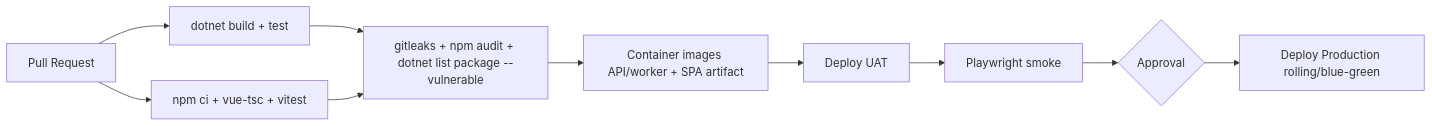
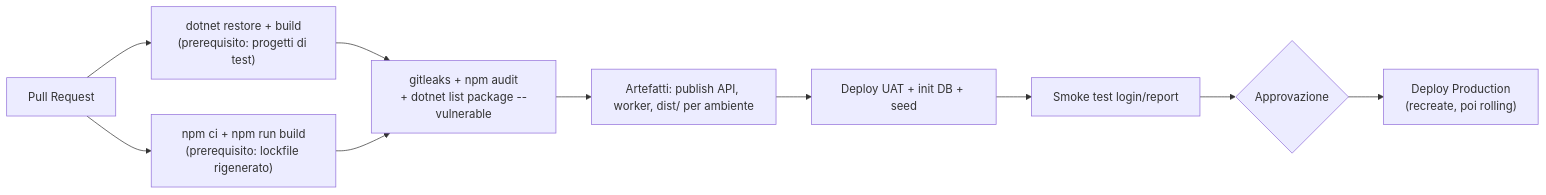
Before and after one commit to saristot/LOSS_PREVENTION: the third of 3 diagrams in customspa-it-loss-prevention-d098a8b97860/Docs/10_deployment.md, drawn with Mermaid. The commit also changed other lines of this file and 23 other files, not shown here.

````diff
--- a/customspa-it-loss-prevention-d098a8b97860/Docs/10_deployment.md
+++ b/customspa-it-loss-prevention-d098a8b97860/Docs/10_deployment.md
@@ -68,11 +309,12 @@
 ```mermaid
 flowchart LR
-  PR[Pull Request] --> B1[dotnet build + test]
-  PR --> B2[npm ci + vue-tsc + vitest]
-  B1 & B2 --> SEC[gitleaks + npm audit + dotnet list package --vulnerable]
-  SEC --> ART[Container images API/worker + SPA artifact]
-  ART --> UAT[Deploy UAT]
-  UAT --> E2E[Playwright smoke]
-  E2E --> GATE{Approval}
-  GATE --> PROD[Deploy Production rolling/blue-green]
+  PR["Pull Request"] --> B1["dotnet restore + build<br/>(prerequisito: progetti di test)"]
+  PR --> B2["npm ci + npm run build<br/>(prerequisito: lockfile rigenerato)"]
+  B1 --> SEC["gitleaks + npm audit<br/>+ dotnet list package --vulnerable"]
+  B2 --> SEC
+  SEC --> ART["Artefatti: publish API, worker, dist/ per ambiente"]
+  ART --> UAT["Deploy UAT + init DB + seed"]
+  UAT --> E2E["Smoke test login/report"]
+  E2E --> GATE{"Approvazione"}
+  GATE --> PROD["Deploy Production<br/>(recreate, poi rolling)"]
 ```
````
